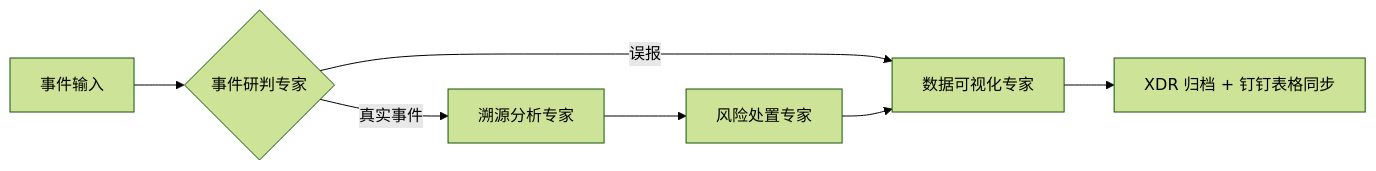
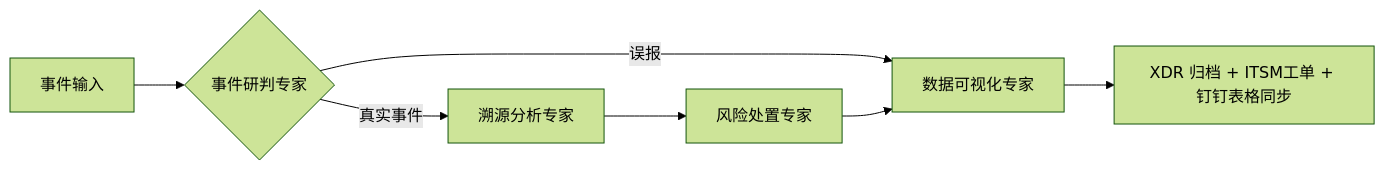
One commit to xyl-muse/XSOC_veadk changed the diagram in CLAUDE.md. Above: the diagram before and after it, drawn with Mermaid (forest theme). The commit also changed other lines of this file and 3 other files, not shown here.

````diff
--- a/CLAUDE.md
+++ b/CLAUDE.md
@@ -516,9 +561,9 @@
 ```mermaid
 graph LR
     A[事件输入] --> B{事件研判专家}
     B -->|误报| C[数据可视化专家]
     B -->|真实事件| D[溯源分析专家]
     D --> E[风险处置专家]
     E --> C
-    C --> F[XDR 归档 + 钉钉表格同步]
+    C --> F[XDR 归档 + ITSM工单 + 钉钉表格同步]
 ```
````
